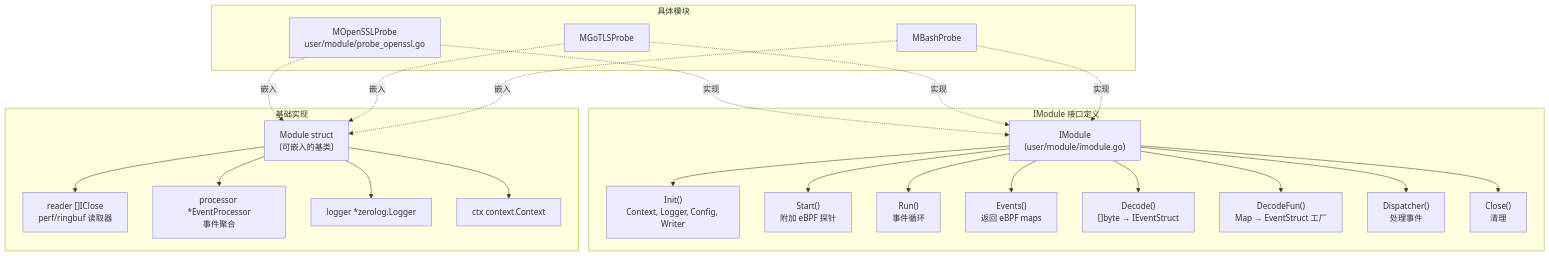
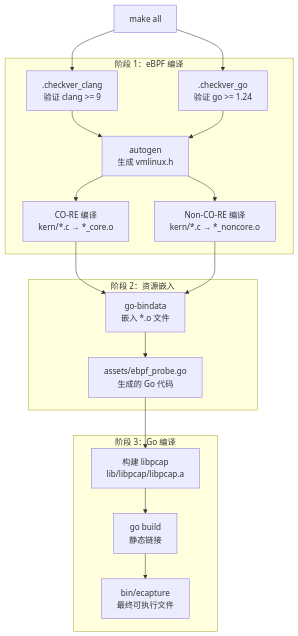
One commit to gojue/ecapture.cc changed the second of 5 diagrams in src/zh/5-development-guide/index.md. Above: the diagram before and after it, drawn with Mermaid. The commit also changed other lines of this file and 115 other files, not shown here.

````diff
--- a/src/zh/5-development-guide/index.md
+++ b/src/zh/5-development-guide/index.md
@@ -51,52 +101,41 @@
 ```mermaid
 graph TB
-    subgraph "IModule 接口定义"
-        IMODULE["IModule<br/>(user/module/imodule.go)"]
+    Start[make all]
+    
+    subgraph "阶段 1：eBPF 编译"
+        AutoGen[autogen<br/>生成 vmlinux.h]
+        CheckClang[.checkver_clang<br/>验证 clang >= 9]
+        CheckGo[.checkver_go<br/>验证 go >= 1.24]
         
-        INIT["Init()<br/>Context, Logger, Config, Writer"]
-        START["Start()<br/>附加 eBPF 探针"]
-        RUN["Run()<br/>事件循环"]
-        EVENTS["Events()<br/>返回 eBPF maps"]
-        DECODE["Decode()<br/>[]byte → IEventStruct"]
-        DECODEFUN["DecodeFun()<br/>Map → EventStruct 工厂"]
-        DISPATCH["Dispatcher()<br/>处理事件"]
-        CLOSE["Close()<br/>清理"]
-        
-        IMODULE --> INIT
-        IMODULE --> START
-        IMODULE --> RUN
-        IMODULE --> EVENTS
-        IMODULE --> DECODE
-        IMODULE --> DECODEFUN
-        IMODULE --> DISPATCH
-        IMODULE --> CLOSE
+        CoreCompile[CO-RE 编译<br/>kern/*.c → *_core.o]
+        NonCoreCompile[Non-CO-RE 编译<br/>kern/*.c → *_noncore.o]
     end
     
-    subgraph "基础实现"
-        MODULE["Module struct<br/>(可嵌入的基类)"]
-        
-        READER["reader []IClose<br/>perf/ringbuf 读取器"]
-        PROCESSOR["processor *EventProcessor<br/>事件聚合"]
-        LOGGER["logger *zerolog.Logger"]
-        CTX["ctx context.Context"]
-        
-        MODULE --> READER
-        MODULE --> PROCESSOR
-        MODULE --> LOGGER
-        MODULE --> CTX
+    subgraph "阶段 2：资源嵌入"
+        Bindata[go-bindata<br/>嵌入 *.o 文件]
+        AssetsGo[assets/ebpf_probe.go<br/>生成的 Go 代码]
     end
     
-    subgraph "具体模块"
-        OPENSSL["MOpenSSLProbe<br/>user/module/probe_openssl.go"]
-        GOTLS["MGoTLSProbe"]
-        BASH["MBashProbe"]
-        
-        OPENSSL -.->|"嵌入"| MODULE
-        GOTLS -.->|"嵌入"| MODULE
-        BASH -.->|"嵌入"| MODULE
-        
-        OPENSSL -.->|"实现"| IMODULE
-        GOTLS -.->|"实现"| IMODULE
-        BASH -.->|"实现"| IMODULE
+    subgraph "阶段 3：Go 编译"
+        LibPcap[构建 libpcap<br/>lib/libpcap/libpcap.a]
+        GoBuild[go build<br/>静态链接]
+        Binary[bin/ecapture<br/>最终可执行文件]
     end
+    
+    Start --> CheckClang
+    Start --> CheckGo
+    CheckClang --> AutoGen
+    CheckGo --> AutoGen
+    
+    AutoGen --> CoreCompile
+    AutoGen --> NonCoreCompile
+    
+    CoreCompile --> Bindata
+    NonCoreCompile --> Bindata
+    
+    Bindata --> AssetsGo
+    
+    AssetsGo --> LibPcap
+    LibPcap --> GoBuild
+    GoBuild --> Binary
 ```
````
